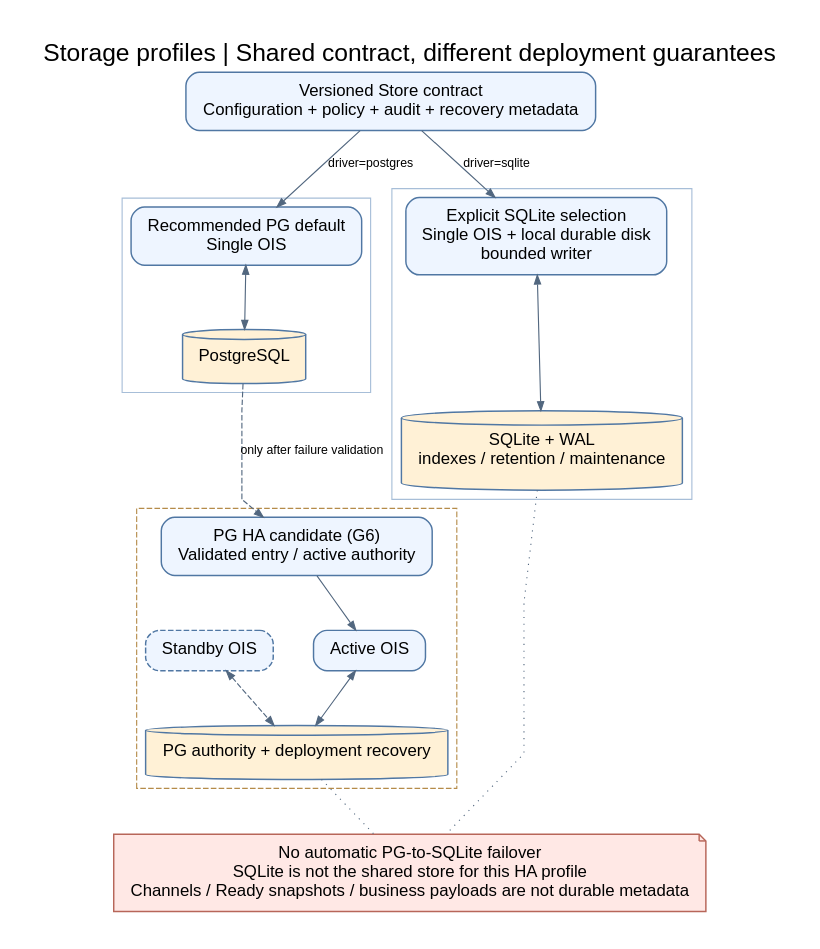
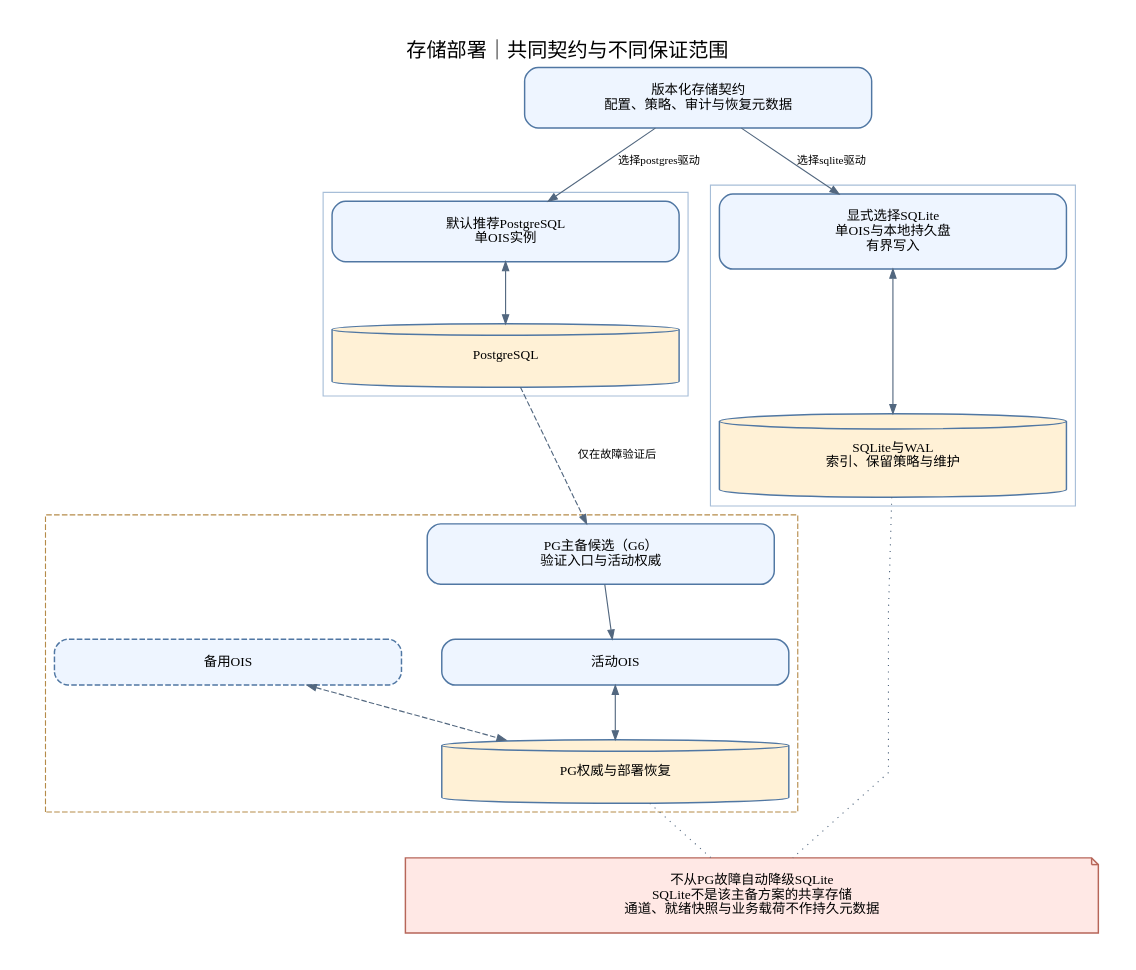
Before and after one commit to wyw-ai/loom-oi: the diagram in docs/architecture/diagrams/v0.7/05-deployment.dot, drawn with Graphviz. The commit also changed 76 other files, not shown here.

```diff
--- a/docs/architecture/diagrams/v0.7/05-deployment.dot
+++ b/docs/architecture/diagrams/v0.7/05-deployment.dot
@@ -1,16 +1,16 @@
 digraph G {
-graph [bgcolor="white",pad="0.35",nodesep="0.5",ranksep="0.65",fontname="Arial",fontsize=22,labelloc="t",splines=polyline];
-node [shape=box,style="rounded,filled",fillcolor="#eef5ff",color="#5077a3",fontname="Arial",fontsize=15,margin="0.2,0.12",penwidth=1.3];
-edge [color="#52677f",fontname="Arial",fontsize=11,arrowsize=0.8];
-rankdir=TB;newrank=true;label="Storage profiles | Shared contract, different deployment guarantees";
- contract[label="Versioned Store contract\nConfiguration + policy + audit + recovery metadata"];
- subgraph cluster_pg {label="";color="#a7bed8";pgapp[label="Recommended PG default\nSingle OIS"];pg[label="PostgreSQL",shape=cylinder,fillcolor="#fff1d6"];pgapp->pg[dir=both];}
- subgraph cluster_sqlite {label="";color="#a7bed8";sqapp[label="Explicit SQLite selection\nSingle OIS + local durable disk\nbounded writer"];sq[label="SQLite + WAL\nindexes / retention / maintenance",shape=cylinder,fillcolor="#fff1d6"];sqapp->sq[dir=both];}
+graph [bgcolor="white",pad="0.35",nodesep="0.5",ranksep="0.65",fontname="Noto Sans SC",fontsize=18,labelloc="t",splines=polyline];
+node [shape=box,style="rounded,filled",fillcolor="#eef5ff",color="#5077a3",fontname="Noto Sans SC",fontsize=12,width=4.3,margin="0.35,0.2",penwidth=1.3];
+edge [color="#52677f",fontname="Noto Sans SC",fontsize=10,arrowsize=0.8];
+rankdir=TB;newrank=true;label="存储部署｜共同契约与不同保证范围";
+ contract[label="版本化存储契约\n配置、策略、审计与恢复元数据"];
+ subgraph cluster_pg {label="";color="#a7bed8";pgapp[label="默认推荐PostgreSQL\n单OIS实例"];pg[label="PostgreSQL",shape=cylinder,fillcolor="#fff1d6"];pgapp->pg[dir=both];}
+ subgraph cluster_sqlite {label="";color="#a7bed8";sqapp[label="显式选择SQLite\n单OIS与本地持久盘\n有界写入"];sq[label="SQLite与WAL\n索引、保留策略与维护",shape=cylinder,fillcolor="#fff1d6"];sqapp->sq[dir=both];}
  {rank=same;pgapp;sqapp;}
-contract->pgapp[label="driver=postgres"];contract->sqapp[label="driver=sqlite"];
- subgraph cluster_ha {label="";style=dashed;color="#b58b49";entry[label="PG HA candidate (G6)\nValidated entry / active authority"];active[label="Active OIS"];standby[label="Standby OIS",style="rounded,dashed,filled"];shared[label="PG authority + deployment recovery",shape=cylinder,fillcolor="#fff1d6"];entry->active;active->shared[dir=both];standby->shared[dir=both,style=dashed];}
- pg->entry[style=dashed,label="only after failure validation"];
- note[label="No automatic PG-to-SQLite failover\nSQLite is not the shared store for this HA profile\nChannels / Ready snapshots / business payloads are not durable metadata",shape=note,fillcolor="#ffe8e5",color="#b76659"];
+contract->pgapp[label="选择postgres驱动"];contract->sqapp[label="选择sqlite驱动"];
+ subgraph cluster_ha {label="";style=dashed;color="#b58b49";entry[label="PG主备候选（G6）\n验证入口与活动权威"];active[label="活动OIS"];standby[label="备用OIS",style="rounded,dashed,filled"];shared[label="PG权威与部署恢复",shape=cylinder,fillcolor="#fff1d6"];entry->active;active->shared[dir=both];standby->shared[dir=both,style=dashed];}
+ pg->entry[style=dashed,label="仅在故障验证后"];
+ note[label="不从PG故障自动降级SQLite\nSQLite不是该主备方案的共享存储\n通道、就绪快照与业务载荷不作持久元数据",width=8.6,shape=note,fillcolor="#ffe8e5",color="#b76659"];
  sq->note[style=dotted,arrowhead=none];shared->note[style=dotted,arrowhead=none];
 
 }
```
